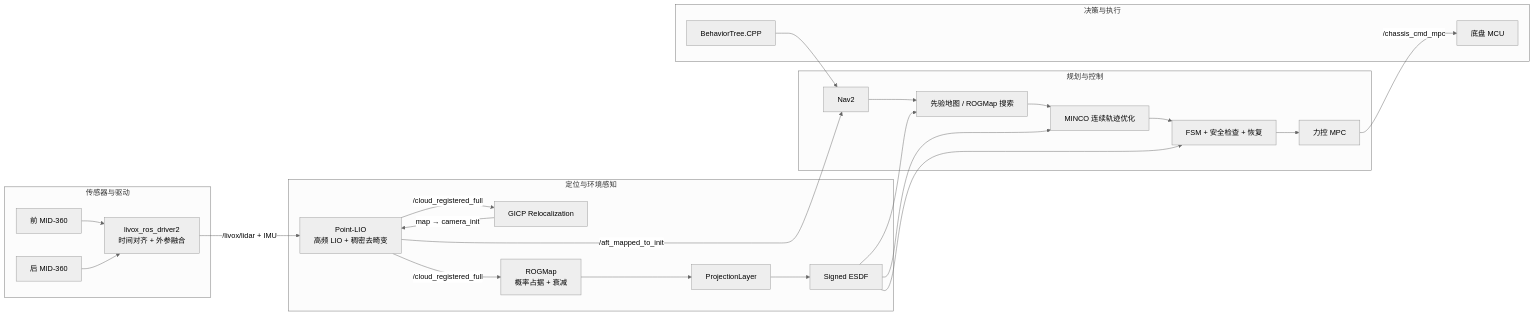
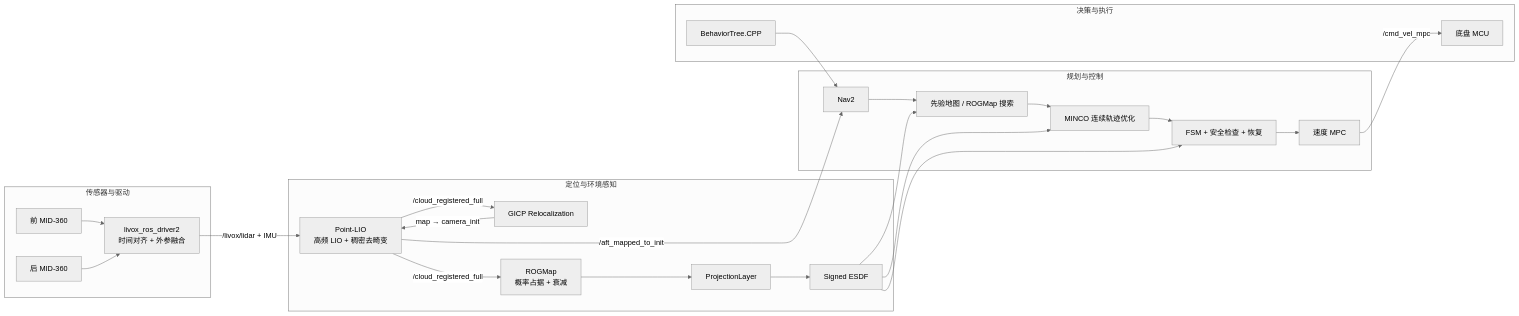
One commit to Wanqiq7/Pldx_ws changed the first of 2 diagrams in README.md. Above: the diagram before and after it, drawn with Mermaid (neutral theme). The commit also changed other lines of this file and 88 other files, not shown here.

````diff
--- a/README.md
+++ b/README.md
@@ -466,45 +468,45 @@
 ```mermaid
 flowchart LR
   subgraph Sensors[传感器与驱动]
     L1[前 MID-360]
     L2[后 MID-360]
     LD[livox_ros_driver2<br/>时间对齐 + 外参融合]
     L1 --> LD
     L2 --> LD
   end
 
   subgraph Perception[定位与环境感知]
     PL[Point-LIO<br/>高频 LIO + 稠密去畸变]
     ICP[GICP Relocalization]
     RM[ROGMap<br/>概率占据 + 衰减]
     PJ[ProjectionLayer]
     DF[Signed ESDF]
     LD -->|/livox/lidar + IMU| PL
     PL -->|/cloud_registered_full| ICP
     PL -->|/cloud_registered_full| RM
     ICP -->|map → camera_init| PL
     RM --> PJ --> DF
   end
 
   subgraph Navigation[规划与控制]
     N2[Nav2]
     GS[先验地图 / ROGMap 搜索]
     MO[MINCO 连续轨迹优化]
     FSM[FSM + 安全检查 + 恢复]
-    MPC[力控 MPC]
+    MPC[速度 MPC]
     N2 --> GS
     DF --> GS
     GS --> MO --> FSM --> MPC
     DF --> MO
     DF --> FSM
   end
 
   subgraph Decision[决策与执行]
     BT[BehaviorTree.CPP]
     MCU[底盘 MCU]
     BT --> N2
-    MPC -->|/chassis_cmd_mpc| MCU
+    MPC -->|/cmd_vel_mpc| MCU
   end
 
   PL -->|/aft_mapped_to_init| N2
 ```
````
